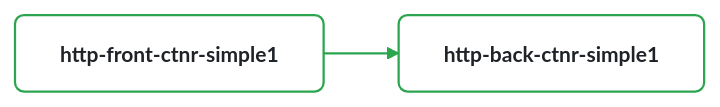
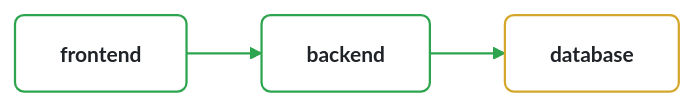
The diagram in README.md (nithyatsu/prototype), drawn with Mermaid before and after one commit. The commit also changed other lines of this file and 2 other files, not shown here.

````diff
--- a/README.md
+++ b/README.md
@@ -14,13 +15,17 @@
 ```mermaid
 %%{ init: { 'theme': 'base', 'themeVariables': { 'primaryColor': '#ffffff', 'primaryTextColor': '#1f2328', 'primaryBorderColor': '#d1d9e0', 'lineColor': '#2da44e', 'secondaryColor': '#f6f8fa', 'tertiaryColor': '#ffffff', 'background': '#ffffff', 'mainBkg': '#ffffff', 'nodeBorder': '#d1d9e0', 'clusterBkg': '#f6f8fa', 'clusterBorder': '#d1d9e0', 'fontSize': '14px', 'fontFamily': '-apple-system, BlinkMacSystemFont, Segoe UI, Noto Sans, Helvetica, Arial, sans-serif' } } }%%
 graph LR
     classDef container fill:#ffffff,stroke:#2da44e,stroke-width:1.5px,color:#1f2328,rx:6,ry:6
     classDef datastore fill:#ffffff,stroke:#d4a72c,stroke-width:1.5px,color:#1f2328,rx:6,ry:6
     classDef other fill:#ffffff,stroke:#d1d9e0,stroke-width:1.5px,color:#1f2328,rx:6,ry:6
-    http-front-ctnr-simple1["<b>http-front-ctnr-simple1</b>"]:::container
-    http-back-ctnr-simple1["<b>http-back-ctnr-simple1</b>"]:::container
-    http-front-ctnr-simple1 --> http-back-ctnr-simple1
-    click http-front-ctnr-simple1 href "https://github.com/nithyatsu/prototype/blob/main/app.bicep#L23" "app.bicep:23" _blank
-    click http-back-ctnr-simple1 href "https://github.com/nithyatsu/prototype/blob/main/app.bicep#L50" "app.bicep:50" _blank
+    frontend["<b>frontend</b>"]:::container
+    backend["<b>backend</b>"]:::container
+    database["<b>database</b>"]:::datastore
+    frontend --> backend
+    backend --> database
+    click frontend href "https://github.com/nithyatsu/prototype/blob/main/app.bicep#L23" "app.bicep:23" _blank
+    click backend href "https://github.com/nithyatsu/prototype/blob/main/app.bicep#L50" "app.bicep:50" _blank
+    click database href "https://github.com/nithyatsu/prototype/blob/main/app.bicep#L152" "app.bicep:152" _blank
     linkStyle 0 stroke:#2da44e,stroke-width:1.5px
+    linkStyle 1 stroke:#2da44e,stroke-width:1.5px
 ```
````
